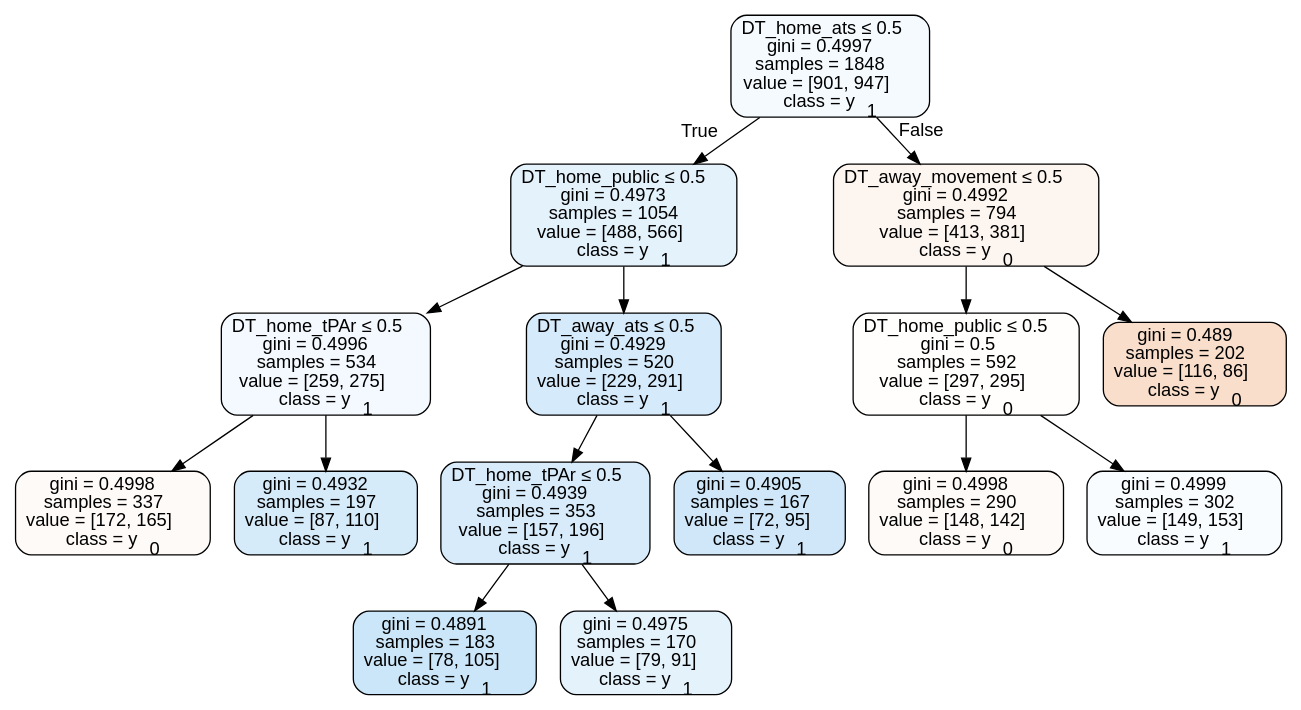
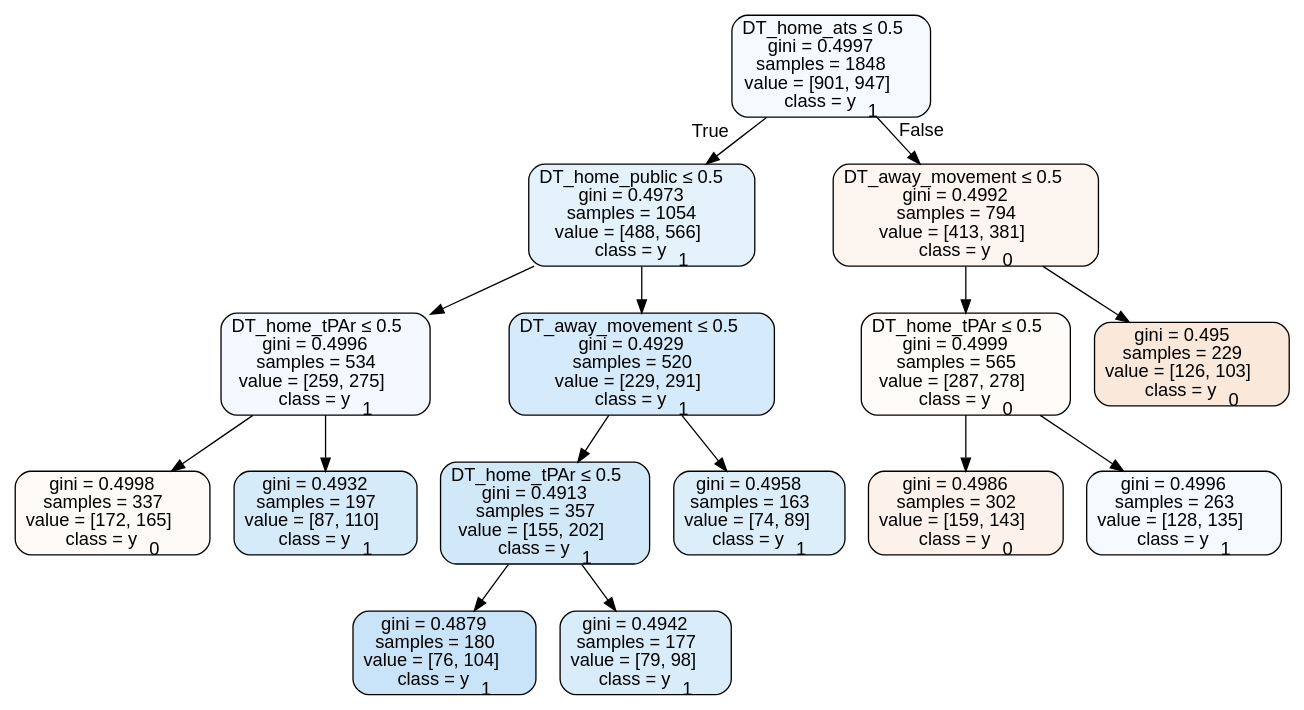
One commit to usbogie/ncaa-bets changed the diagram in tree_data/tree2013neutral.dot. Above: the diagram before and after it, drawn with Graphviz. The commit also changed 26 other files, not shown here.

```diff
--- a/tree_data/tree2013neutral.dot
+++ b/tree_data/tree2013neutral.dot
@@ -1,33 +1,33 @@
 digraph Tree {
 node [shape=box, style="filled, rounded", color="black", fontname=helvetica] ;
 edge [fontname=helvetica] ;
 0 [label=<DT_home_ats &le; 0.5<br/>gini = 0.4997<br/>samples = 1848<br/>value = [901, 947]<br/>class = y<SUB>1</SUB>>, fillcolor="#399de50c"] ;
 1 [label=<DT_home_public &le; 0.5<br/>gini = 0.4973<br/>samples = 1054<br/>value = [488, 566]<br/>class = y<SUB>1</SUB>>, fillcolor="#399de523"] ;
 0 -> 1 [labeldistance=2.5, labelangle=45, headlabel="True"] ;
 2 [label=<DT_home_tPAr &le; 0.5<br/>gini = 0.4996<br/>samples = 534<br/>value = [259, 275]<br/>class = y<SUB>1</SUB>>, fillcolor="#399de50f"] ;
 1 -> 2 ;
 3 [label=<gini = 0.4998<br/>samples = 337<br/>value = [172, 165]<br/>class = y<SUB>0</SUB>>, fillcolor="#e581390a"] ;
 2 -> 3 ;
 4 [label=<gini = 0.4932<br/>samples = 197<br/>value = [87, 110]<br/>class = y<SUB>1</SUB>>, fillcolor="#399de535"] ;
 2 -> 4 ;
-5 [label=<DT_away_ats &le; 0.5<br/>gini = 0.4929<br/>samples = 520<br/>value = [229, 291]<br/>class = y<SUB>1</SUB>>, fillcolor="#399de536"] ;
+5 [label=<DT_away_movement &le; 0.5<br/>gini = 0.4929<br/>samples = 520<br/>value = [229, 291]<br/>class = y<SUB>1</SUB>>, fillcolor="#399de536"] ;
 1 -> 5 ;
-6 [label=<DT_home_tPAr &le; 0.5<br/>gini = 0.4939<br/>samples = 353<br/>value = [157, 196]<br/>class = y<SUB>1</SUB>>, fillcolor="#399de533"] ;
+6 [label=<DT_home_tPAr &le; 0.5<br/>gini = 0.4913<br/>samples = 357<br/>value = [155, 202]<br/>class = y<SUB>1</SUB>>, fillcolor="#399de53b"] ;
 5 -> 6 ;
-7 [label=<gini = 0.4891<br/>samples = 183<br/>value = [78, 105]<br/>class = y<SUB>1</SUB>>, fillcolor="#399de542"] ;
+7 [label=<gini = 0.4879<br/>samples = 180<br/>value = [76, 104]<br/>class = y<SUB>1</SUB>>, fillcolor="#399de545"] ;
 6 -> 7 ;
-8 [label=<gini = 0.4975<br/>samples = 170<br/>value = [79, 91]<br/>class = y<SUB>1</SUB>>, fillcolor="#399de522"] ;
+8 [label=<gini = 0.4942<br/>samples = 177<br/>value = [79, 98]<br/>class = y<SUB>1</SUB>>, fillcolor="#399de531"] ;
 6 -> 8 ;
-9 [label=<gini = 0.4905<br/>samples = 167<br/>value = [72, 95]<br/>class = y<SUB>1</SUB>>, fillcolor="#399de53e"] ;
+9 [label=<gini = 0.4958<br/>samples = 163<br/>value = [74, 89]<br/>class = y<SUB>1</SUB>>, fillcolor="#399de52b"] ;
 5 -> 9 ;
 10 [label=<DT_away_movement &le; 0.5<br/>gini = 0.4992<br/>samples = 794<br/>value = [413, 381]<br/>class = y<SUB>0</SUB>>, fillcolor="#e5813914"] ;
 0 -> 10 [labeldistance=2.5, labelangle=-45, headlabel="False"] ;
-11 [label=<DT_home_public &le; 0.5<br/>gini = 0.5<br/>samples = 592<br/>value = [297, 295]<br/>class = y<SUB>0</SUB>>, fillcolor="#e5813902"] ;
+11 [label=<DT_home_tPAr &le; 0.5<br/>gini = 0.4999<br/>samples = 565<br/>value = [287, 278]<br/>class = y<SUB>0</SUB>>, fillcolor="#e5813908"] ;
 10 -> 11 ;
-12 [label=<gini = 0.4998<br/>samples = 290<br/>value = [148, 142]<br/>class = y<SUB>0</SUB>>, fillcolor="#e581390a"] ;
+12 [label=<gini = 0.4986<br/>samples = 302<br/>value = [159, 143]<br/>class = y<SUB>0</SUB>>, fillcolor="#e581391a"] ;
 11 -> 12 ;
-13 [label=<gini = 0.4999<br/>samples = 302<br/>value = [149, 153]<br/>class = y<SUB>1</SUB>>, fillcolor="#399de507"] ;
+13 [label=<gini = 0.4996<br/>samples = 263<br/>value = [128, 135]<br/>class = y<SUB>1</SUB>>, fillcolor="#399de50d"] ;
 11 -> 13 ;
-14 [label=<gini = 0.489<br/>samples = 202<br/>value = [116, 86]<br/>class = y<SUB>0</SUB>>, fillcolor="#e5813942"] ;
+14 [label=<gini = 0.495<br/>samples = 229<br/>value = [126, 103]<br/>class = y<SUB>0</SUB>>, fillcolor="#e581392f"] ;
 10 -> 14 ;
 }
```
